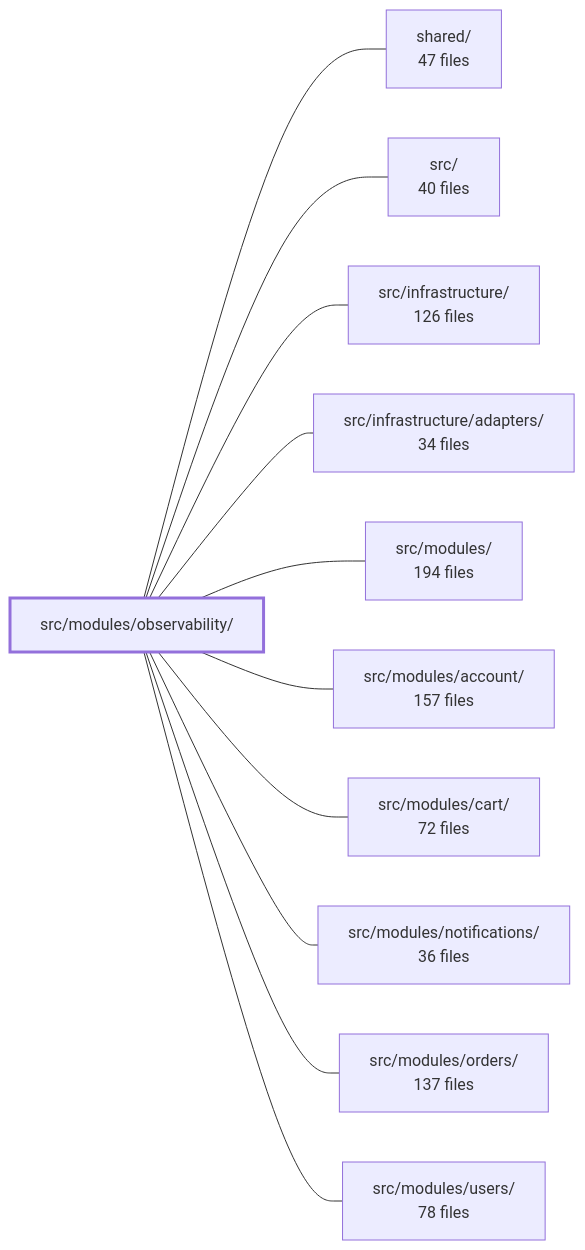
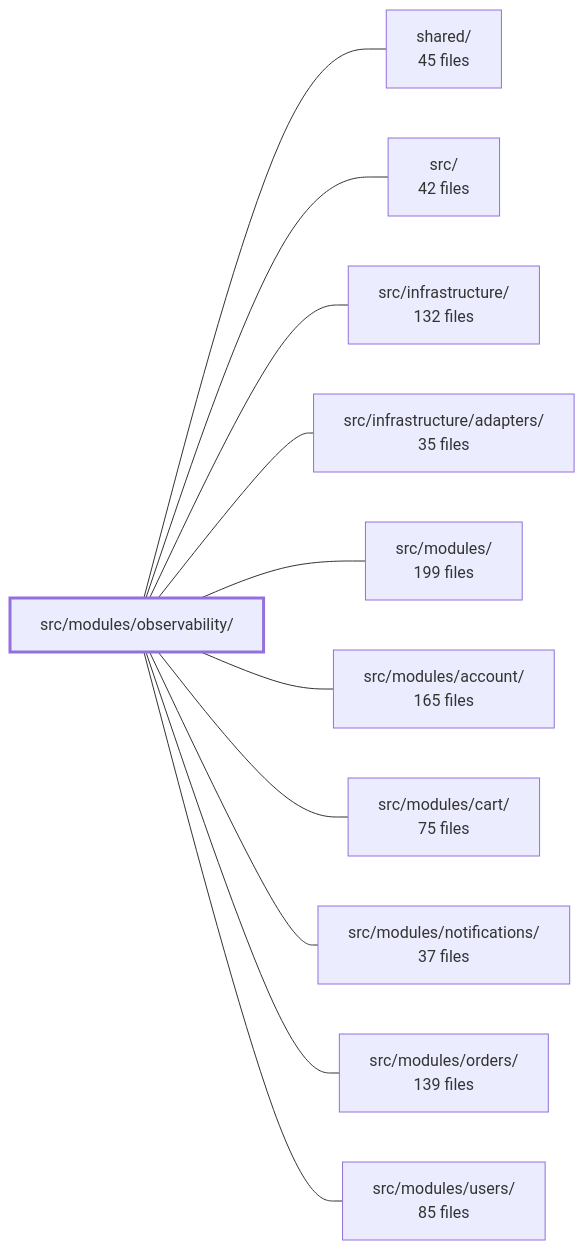
One commit to Guebbit/boilerplate-node-backend changed the diagram in .2brain/modules/boilerplate-node-backend_src_modules_observability.md. Above: the diagram before and after it, drawn with Mermaid. The commit also changed other lines of this file and 1102 other files, not shown here.

````diff
--- a/.2brain/modules/boilerplate-node-backend_src_modules_observability.md
+++ b/.2brain/modules/boilerplate-node-backend_src_modules_observability.md
@@ -42,25 +42,25 @@
 ```mermaid
 flowchart LR
     m_src_modules_observability["src/modules/observability/"]
-    m_shared["shared/<br/>47 files"]
-    m_src["src/<br/>40 files"]
-    m_src_infrastructure["src/infrastructure/<br/>126 files"]
-    m_src_infrastructure_adapters["src/infrastructure/adapters/<br/>34 files"]
-    m_src_modules["src/modules/<br/>194 files"]
-    m_src_modules_account["src/modules/account/<br/>157 files"]
-    m_src_modules_cart["src/modules/cart/<br/>72 files"]
-    m_src_modules_notifications["src/modules/notifications/<br/>36 files"]
-    m_src_modules_orders["src/modules/orders/<br/>137 files"]
-    m_src_modules_users["src/modules/users/<br/>78 files"]
+    m_shared["shared/<br/>45 files"]
+    m_src["src/<br/>42 files"]
+    m_src_infrastructure["src/infrastructure/<br/>132 files"]
+    m_src_infrastructure_adapters["src/infrastructure/adapters/<br/>35 files"]
+    m_src_modules["src/modules/<br/>199 files"]
+    m_src_modules_account["src/modules/account/<br/>165 files"]
+    m_src_modules_cart["src/modules/cart/<br/>75 files"]
+    m_src_modules_notifications["src/modules/notifications/<br/>37 files"]
+    m_src_modules_orders["src/modules/orders/<br/>139 files"]
+    m_src_modules_users["src/modules/users/<br/>85 files"]
     m_src_modules_observability --- m_shared
     m_src_modules_observability --- m_src
     m_src_modules_observability --- m_src_infrastructure
     m_src_modules_observability --- m_src_infrastructure_adapters
     m_src_modules_observability --- m_src_modules
     m_src_modules_observability --- m_src_modules_account
     m_src_modules_observability --- m_src_modules_cart
     m_src_modules_observability --- m_src_modules_notifications
     m_src_modules_observability --- m_src_modules_orders
     m_src_modules_observability --- m_src_modules_users
     style m_src_modules_observability stroke-width:3px
 ```
````
